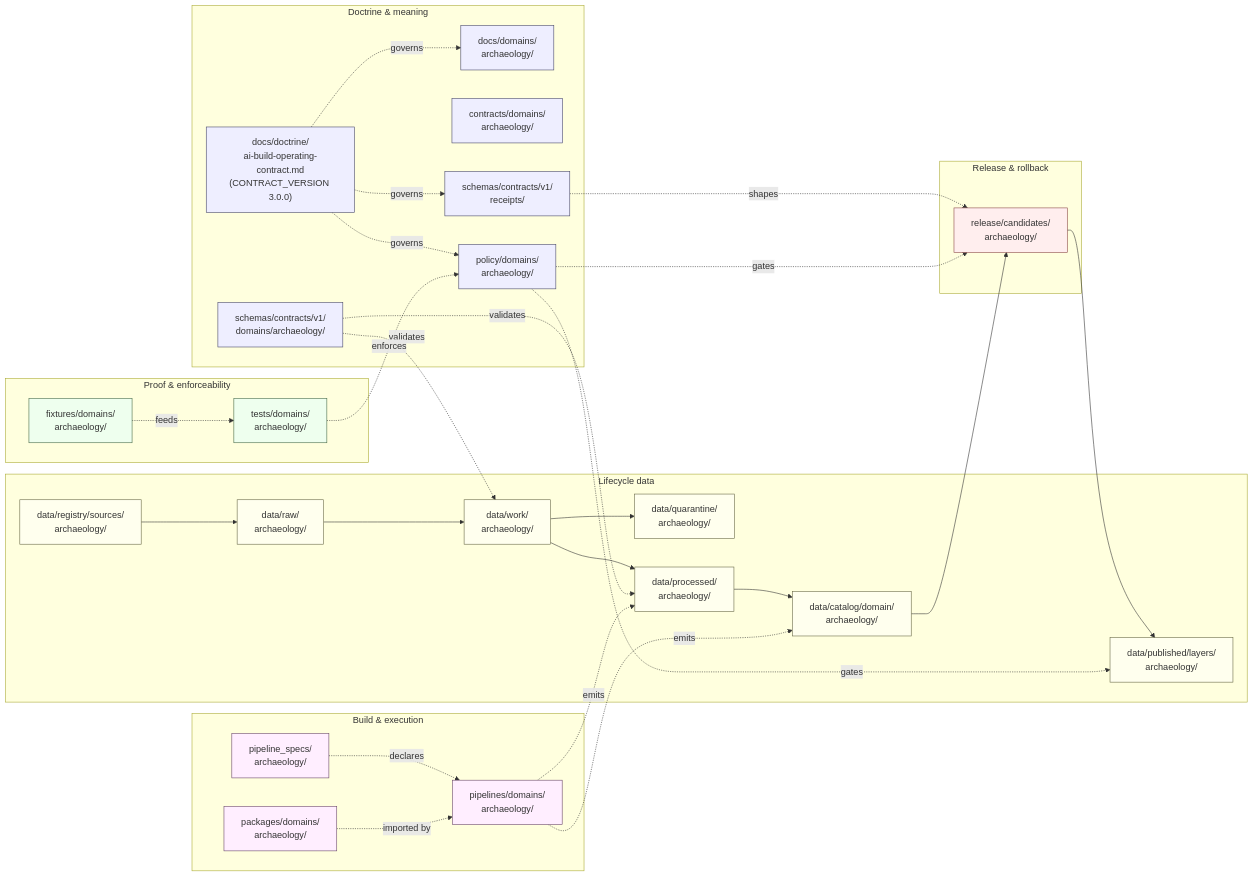
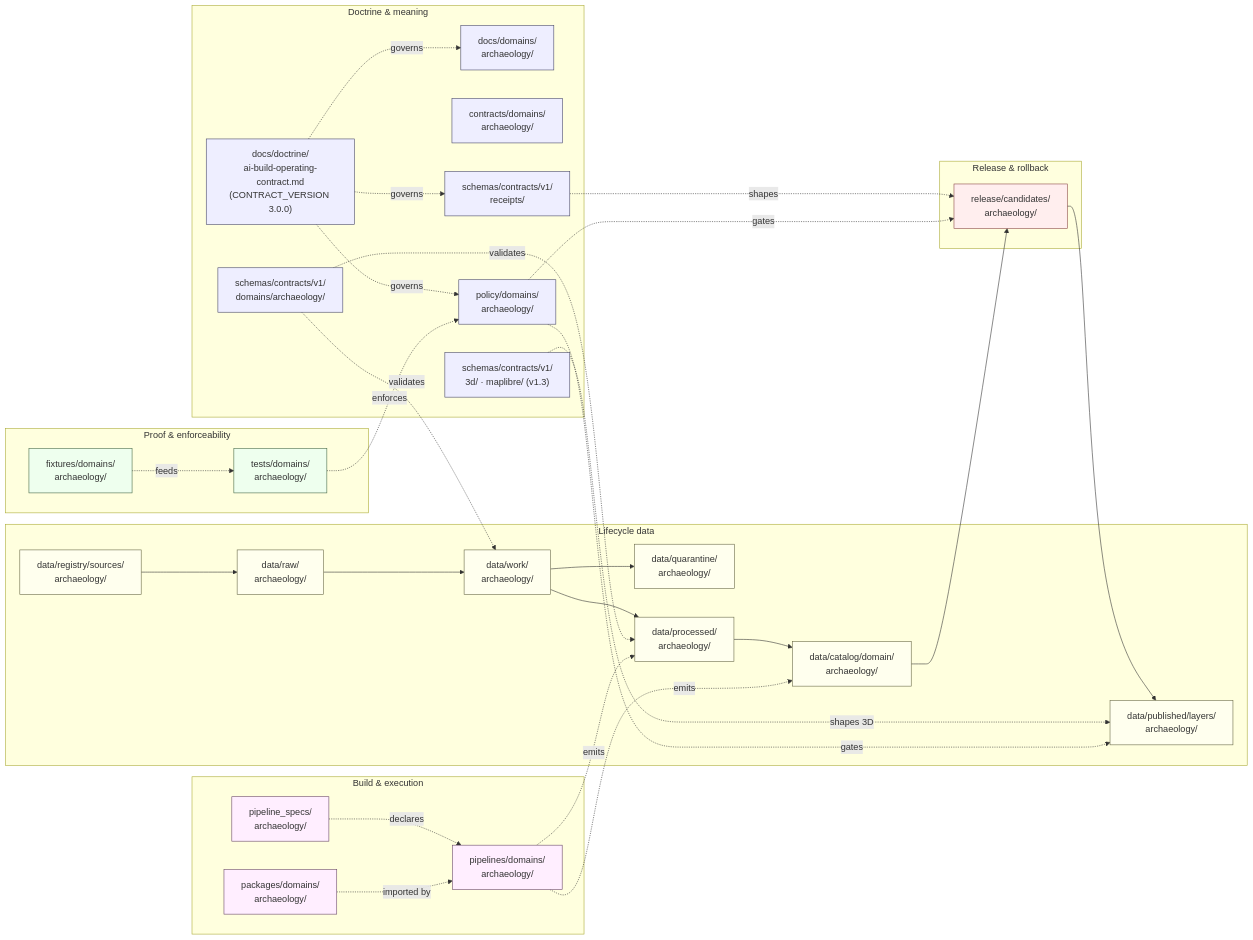
The diagram in docs/domains/archaeology/FILE_SYSTEM_PLAN.md (bartytime4life/Kansas-Frontier-Matrix), drawn with Mermaid before and after one commit. The commit also changed other lines of this file, not shown here.

````diff
--- a/docs/domains/archaeology/FILE_SYSTEM_PLAN.md
+++ b/docs/domains/archaeology/FILE_SYSTEM_PLAN.md
@@ -165,68 +172,70 @@
 ```mermaid
 flowchart LR
   subgraph Doctrine[Doctrine & meaning]
     OC["docs/doctrine/<br/>ai-build-operating-contract.md<br/>(CONTRACT_VERSION 3.0.0)"]
     DOCS["docs/domains/<br/>archaeology/"]
     CON["contracts/domains/<br/>archaeology/"]
     SCH["schemas/contracts/v1/<br/>domains/archaeology/"]
     RCPT["schemas/contracts/v1/<br/>receipts/"]
+    TD["schemas/contracts/v1/<br/>3d/ · maplibre/ (v1.3)"]
     POL["policy/domains/<br/>archaeology/"]
   end
 
   subgraph Proof[Proof & enforceability]
     TST["tests/domains/<br/>archaeology/"]
     FIX["fixtures/domains/<br/>archaeology/"]
   end
 
   subgraph Build[Build & execution]
     PKG["packages/domains/<br/>archaeology/"]
     PSP["pipeline_specs/<br/>archaeology/"]
     PIP["pipelines/domains/<br/>archaeology/"]
   end
 
   subgraph Lifecycle[Lifecycle data]
     REG["data/registry/sources/<br/>archaeology/"]
     RAW["data/raw/<br/>archaeology/"]
     WRK["data/work/<br/>archaeology/"]
     QRN["data/quarantine/<br/>archaeology/"]
     PRC["data/processed/<br/>archaeology/"]
     CAT["data/catalog/domain/<br/>archaeology/"]
     PUB["data/published/layers/<br/>archaeology/"]
   end
 
   subgraph Release[Release & rollback]
     RC["release/candidates/<br/>archaeology/"]
   end
 
   OC -.governs.-> DOCS
   OC -.governs.-> POL
   OC -.governs.-> RCPT
 
   REG --> RAW --> WRK
   WRK --> PRC
   WRK --> QRN
   PRC --> CAT --> RC --> PUB
 
   SCH -.validates.-> WRK
   SCH -.validates.-> PRC
+  TD -.shapes 3D.-> PUB
   RCPT -.shapes.-> RC
   POL -.gates.-> RC
   POL -.gates.-> PUB
   TST -.enforces.-> POL
   FIX -.feeds.-> TST
   PSP -.declares.-> PIP
   PIP -.emits.-> PRC
   PIP -.emits.-> CAT
   PKG -.imported by.-> PIP
 
   classDef doctrine fill:#eef,stroke:#446;
   classDef proof fill:#efe,stroke:#464;
   classDef build fill:#fef,stroke:#646;
   classDef life fill:#ffe,stroke:#664;
   classDef rel fill:#fee,stroke:#844;
-  class OC,DOCS,CON,SCH,RCPT,POL doctrine;
+  class OC,DOCS,CON,SCH,RCPT,TD,POL doctrine;
   class TST,FIX proof;
   class PKG,PSP,PIP build;
   class REG,RAW,WRK,QRN,PRC,CAT,PUB life;
   class RC rel;
 ```
````
